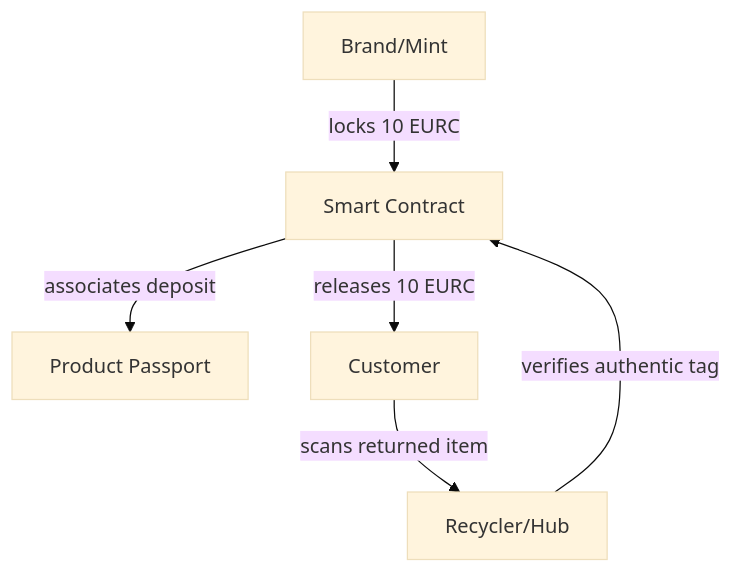
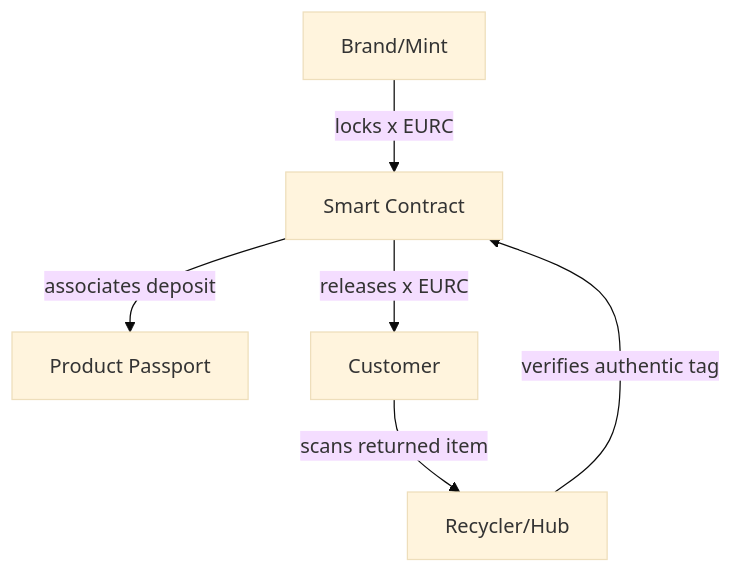
One commit to xheen908/v-ledger_pitchdeck changed the first of 2 diagrams in 06_Circular_Economy.md. Above: the diagram before and after it, drawn with Mermaid (base theme). The commit also changed other lines of this file and 3 other files, not shown here.

````diff
--- a/06_Circular_Economy.md
+++ b/06_Circular_Economy.md
@@ -11,8 +10,8 @@
 ```mermaid
 graph TD
-    M[Brand/Mint] -- locks 10 EURC --> SC[Smart Contract]
+    M[Brand/Mint] -- locks x EURC --> SC[Smart Contract]
     SC -- associates deposit --> P[Product Passport]
     C[Customer] -- scans returned item --> R[Recycler/Hub]
     R -- verifies authentic tag --> SC
-    SC -- releases 10 EURC --> C
+    SC -- releases x EURC --> C
 ```
````
